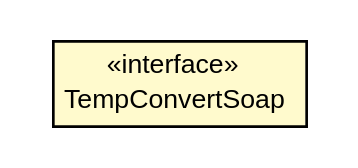
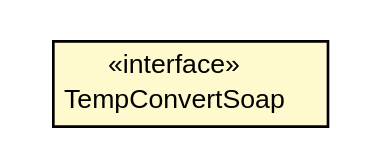
The diagram in app-ws/apidocs/com/w3schools/webservices/TempConvertSoap.dot (trajano/app), drawn with Graphviz before and after one commit. The commit also changed 98 other files, not shown here.

```diff
--- a/app-ws/apidocs/com/w3schools/webservices/TempConvertSoap.dot
+++ b/app-ws/apidocs/com/w3schools/webservices/TempConvertSoap.dot
@@ -1,19 +1,19 @@
 #!/usr/local/bin/dot
 #
 # Class diagram 
 # Generated by UMLGraph version R5_6-24-gf6e263 (http://www.umlgraph.org/)
 #
 
 digraph G {
-	edge [fontname="arial",fontsize=10,labelfontname="arial",labelfontsize=10];
-	node [fontname="arial",fontsize=10,shape=plaintext];
+	edge [fontname="Helvetica",fontsize=10,labelfontname="Helvetica",labelfontsize=10];
+	node [fontname="Helvetica",fontsize=10,shape=plaintext];
 	nodesep=0.25;
 	ranksep=0.5;
 	// com.w3schools.webservices.TempConvertSoap
-	c74 [label=<<table title="com.w3schools.webservices.TempConvertSoap" border="0" cellborder="1" cellspacing="0" cellpadding="2" port="p" bgcolor="lemonChiffon" href="./TempConvertSoap.html">
+	c76 [label=<<table title="com.w3schools.webservices.TempConvertSoap" border="0" cellborder="1" cellspacing="0" cellpadding="2" port="p" bgcolor="lemonChiffon" href="./TempConvertSoap.html">
 		<tr><td><table border="0" cellspacing="0" cellpadding="1">
 <tr><td align="center" balign="center"> &#171;interface&#187; </td></tr>
 <tr><td align="center" balign="center"> TempConvertSoap </td></tr>
 		</table></td></tr>
-		</table>>, URL="./TempConvertSoap.html", fontname="arial", fontcolor="black", fontsize=10.0];
+		</table>>, URL="./TempConvertSoap.html", fontname="Helvetica", fontcolor="black", fontsize=10.0];
 }
```
